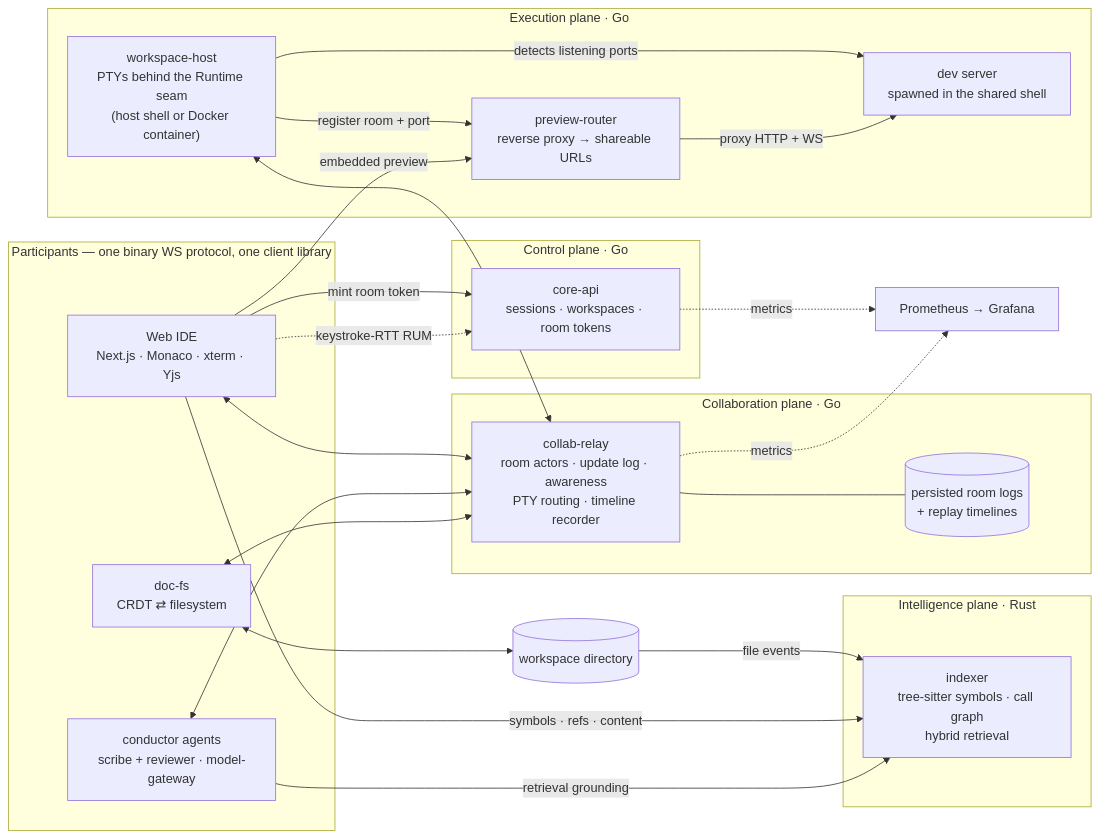
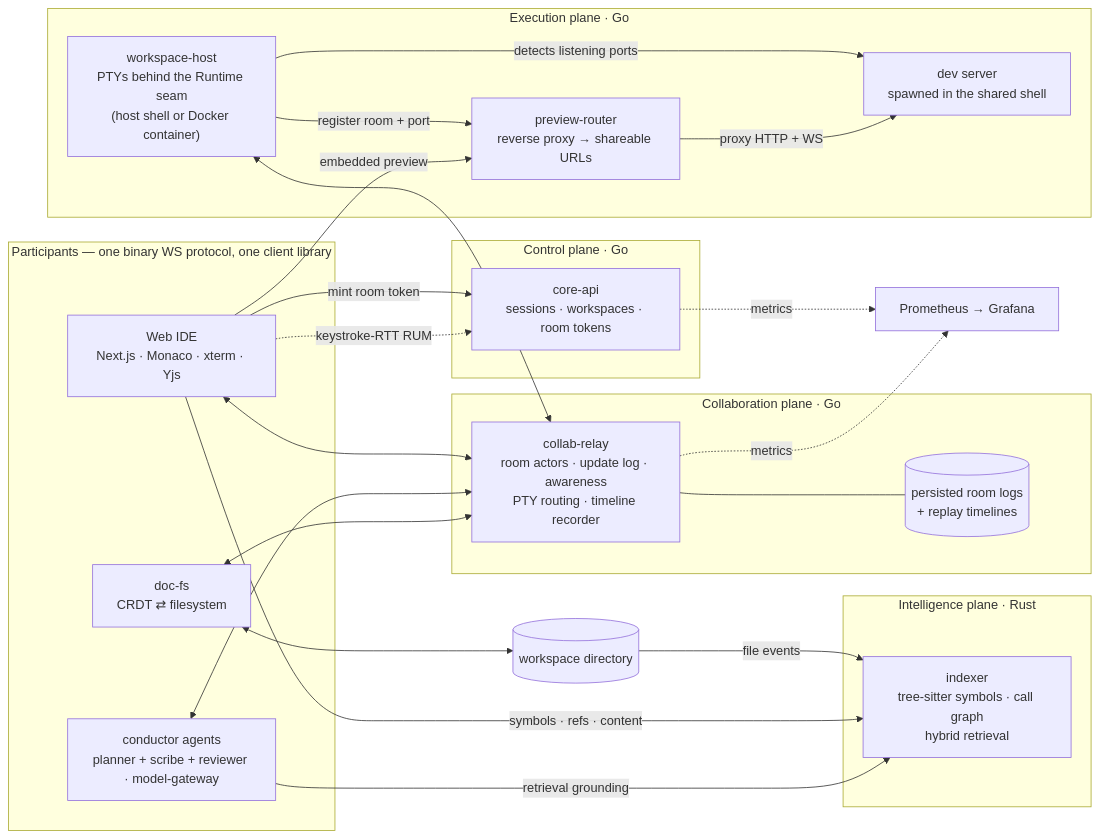
One commit to varunpatil5050/Atelier changed the diagram in README.md. Above: the diagram before and after it, drawn with Mermaid. The commit also changed other lines of this file and 14 other files, not shown here.

````diff
--- a/README.md
+++ b/README.md
@@ -52,48 +54,48 @@
 ```mermaid
 flowchart LR
   subgraph P["Participants — one binary WS protocol, one client library"]
     IDE["Web IDE<br/>Next.js · Monaco · xterm · Yjs"]
-    AGT["conductor agents<br/>scribe + reviewer · model-gateway"]
+    AGT["conductor agents<br/>planner + scribe + reviewer · model-gateway"]
     DFS["doc-fs<br/>CRDT ⇄ filesystem"]
   end
 
   subgraph C["Collaboration plane · Go"]
     RLY["collab-relay<br/>room actors · update log · awareness<br/>PTY routing · timeline recorder"]
     LOGS[("persisted room logs<br/>+ replay timelines")]
   end
 
   subgraph E["Execution plane · Go"]
     WSH["workspace-host<br/>PTYs behind the Runtime seam<br/>(host shell or Docker container)"]
     DEV["dev server<br/>spawned in the shared shell"]
     PRV["preview-router<br/>reverse proxy → shareable URLs"]
   end
 
   subgraph I["Intelligence plane · Rust"]
     IDX["indexer<br/>tree-sitter symbols · call graph<br/>hybrid retrieval"]
   end
 
   subgraph K["Control plane · Go"]
     API["core-api<br/>sessions · workspaces · room tokens"]
   end
 
   DIR[("workspace directory")]
   OBS["Prometheus → Grafana"]
 
   IDE <--> RLY
   AGT <--> RLY
   DFS <--> RLY
   WSH <--> RLY
   RLY --- LOGS
   DFS <--> DIR
   DIR -->|file events| IDX
   IDE -->|symbols · refs · content| IDX
   AGT -->|retrieval grounding| IDX
   IDE -->|mint room token| API
   WSH -->|detects listening ports| DEV
   WSH -->|register room + port| PRV
   PRV -->|proxy HTTP + WS| DEV
   IDE -->|embedded preview| PRV
   RLY -.->|metrics| OBS
   API -.->|metrics| OBS
   IDE -.->|keystroke-RTT RUM| API
 ```
````
